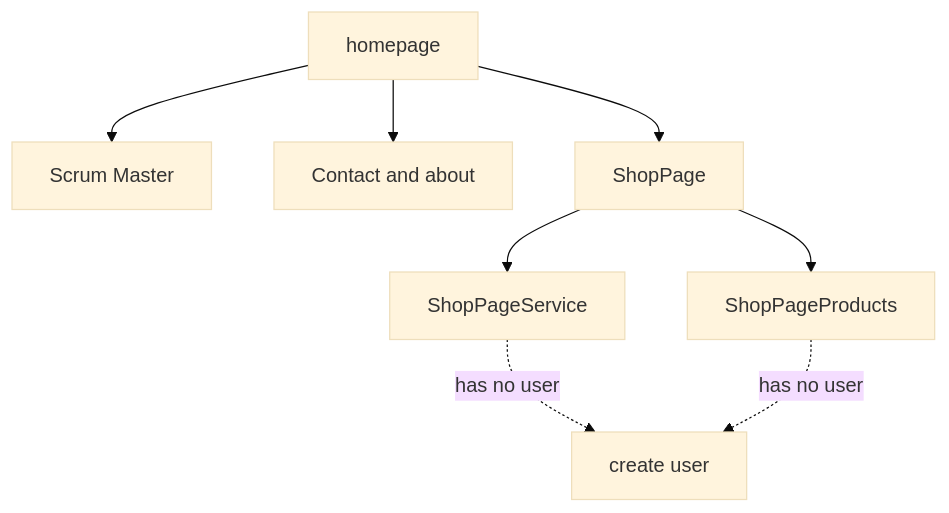
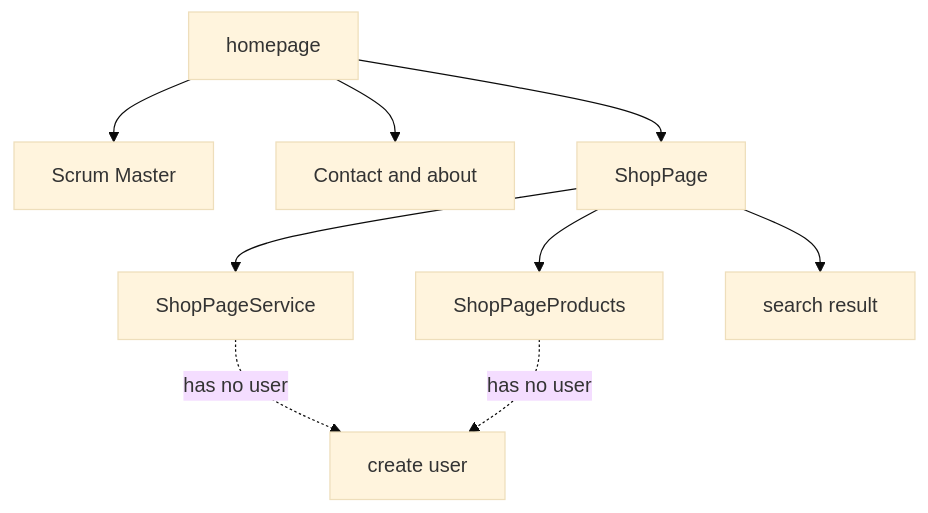
Before and after one commit to draganradu/projectVinylduckyNL: the diagram in README.md, drawn with Mermaid (base theme). The commit also changed other lines of this file and 3 other files, not shown here.

````diff
--- a/README.md
+++ b/README.md
@@ -18,20 +18,22 @@
 ```mermaid
 graph TB
     home[homepage]
     scrum[Scrum Master]
     contact[Contact and about]
     vinylShop[ShopPage]
     service[ShopPageService]
     product[ShopPageProducts]
+    search[search result]
 
     home --> scrum
     home --> vinylShop
     home --> contact
 
     vinylShop --> service
     vinylShop --> product
+    vinylShop --> search
 
     service -.-> |has no user | x[create user]
     product -.-> |has no user | x[create user]
 
 ```
````
